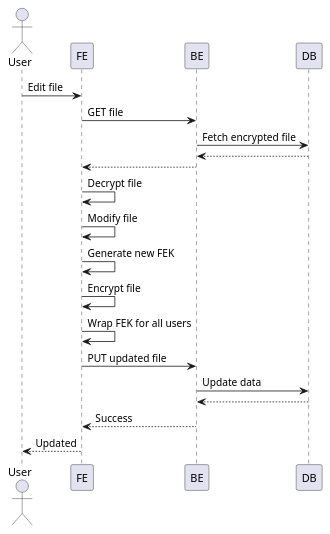
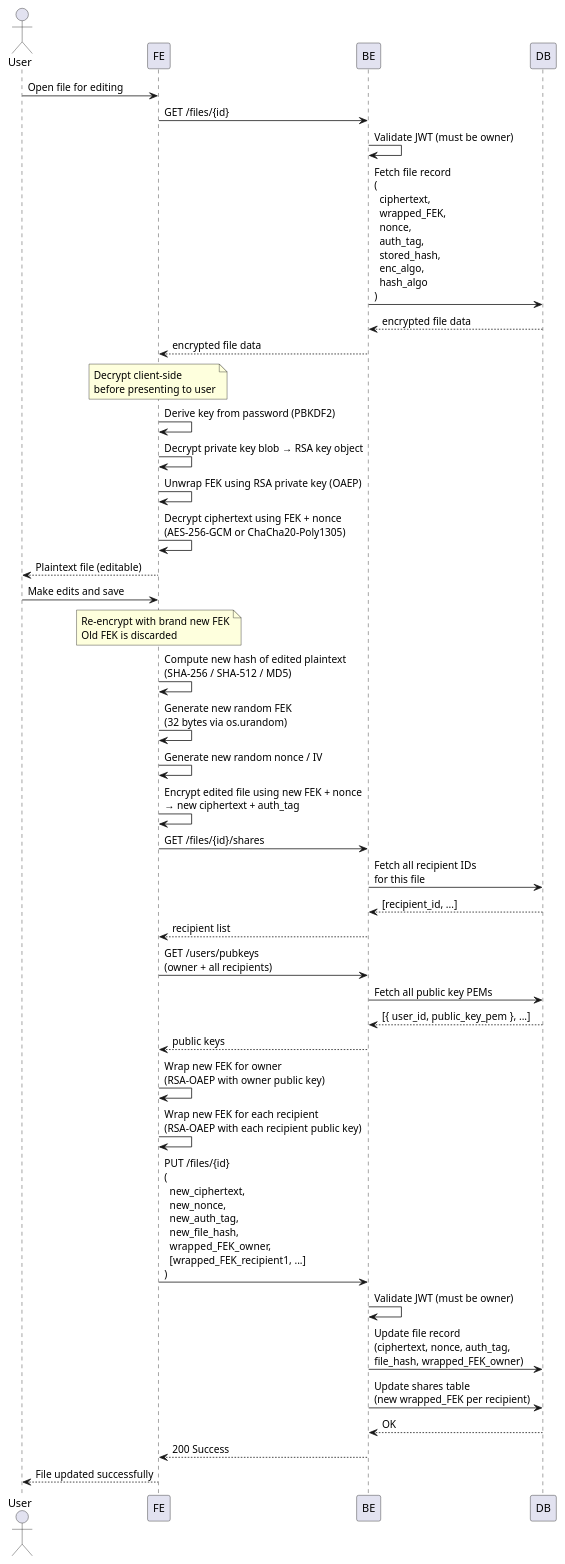
One commit to codedsami/SOEN-321-Project changed the diagram in docs/plantuml/us-6-file-edit.puml. Above: the diagram before and after it, drawn with PlantUML. The commit also changed 9 other files, not shown here.

```diff
--- a/docs/plantuml/us-6-file-edit.puml
+++ b/docs/plantuml/us-6-file-edit.puml
@@ -1,29 +1,54 @@
 @startuml
 actor User
 participant FE
 participant BE
 participant DB
 
-User -> FE : Edit file
-FE -> BE : GET file
+User -> FE : Open file for editing
 
-BE -> DB : Fetch encrypted file
-DB --> BE
-BE --> FE
+FE -> BE : GET /files/{id}
+BE -> BE : Validate JWT (must be owner)
+BE -> DB : Fetch file record\n(\n  ciphertext,\n  wrapped_FEK,\n  nonce,\n  auth_tag,\n  stored_hash,\n  enc_algo,\n  hash_algo\n)
+DB --> BE : encrypted file data
+BE --> FE : encrypted file data
 
-FE -> FE : Decrypt file
-FE -> FE : Modify file
+note over FE : Decrypt client-side\nbefore presenting to user
 
-FE -> FE : Generate new FEK
-FE -> FE : Encrypt file
-FE -> FE : Wrap FEK for all users
+FE -> FE : Derive key from password (PBKDF2)
+FE -> FE : Decrypt private key blob → RSA key object
+FE -> FE : Unwrap FEK using RSA private key (OAEP)
+FE -> FE : Decrypt ciphertext using FEK + nonce\n(AES-256-GCM or ChaCha20-Poly1305)
+FE --> User : Plaintext file (editable)
 
-FE -> BE : PUT updated file
+User -> FE : Make edits and save
 
-BE -> DB : Update data
-DB --> BE
+note over FE : Re-encrypt with brand new FEK\nOld FEK is discarded
 
-BE --> FE : Success
-FE --> User : Updated
+FE -> FE : Compute new hash of edited plaintext\n(SHA-256 / SHA-512 / MD5)
+FE -> FE : Generate new random FEK\n(32 bytes via os.urandom)
+FE -> FE : Generate new random nonce / IV
+FE -> FE : Encrypt edited file using new FEK + nonce\n→ new ciphertext + auth_tag
 
+FE -> BE : GET /files/{id}/shares
+BE -> DB : Fetch all recipient IDs\nfor this file
+DB --> BE : [recipient_id, ...]
+BE --> FE : recipient list
+
+FE -> BE : GET /users/pubkeys\n(owner + all recipients)
+BE -> DB : Fetch all public key PEMs
+DB --> BE : [{ user_id, public_key_pem }, ...]
+BE --> FE : public keys
+
+FE -> FE : Wrap new FEK for owner\n(RSA-OAEP with owner public key)
+FE -> FE : Wrap new FEK for each recipient\n(RSA-OAEP with each recipient public key)
+
+FE -> BE : PUT /files/{id}\n(\n  new_ciphertext,\n  new_nonce,\n  new_auth_tag,\n  new_file_hash,\n  wrapped_FEK_owner,\n  [wrapped_FEK_recipient1, ...]\n)
+
+BE -> BE : Validate JWT (must be owner)
+BE -> DB : Update file record\n(ciphertext, nonce, auth_tag,\nfile_hash, wrapped_FEK_owner)
+BE -> DB : Update shares table\n(new wrapped_FEK per recipient)
+DB --> BE : OK
+
+BE --> FE : 200 Success
+FE --> User : File updated successfully
 @enduml
```
